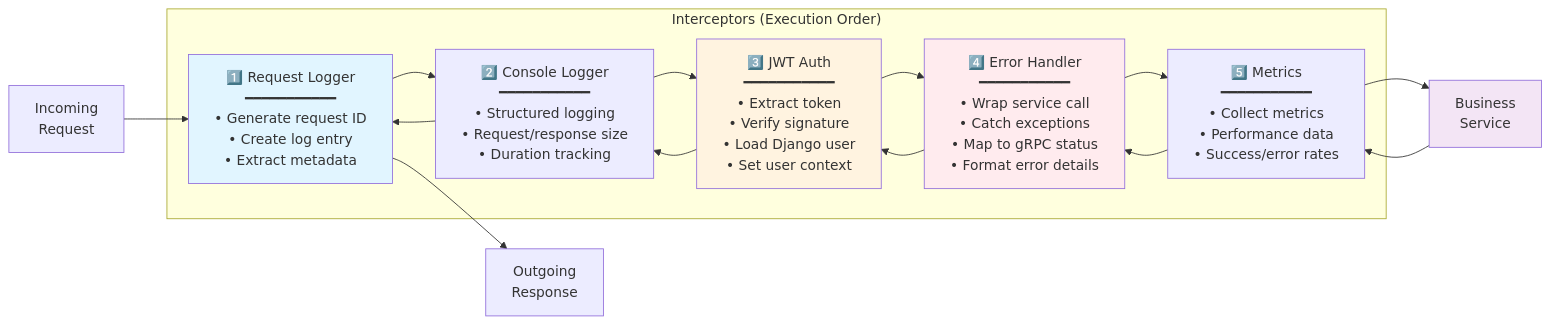
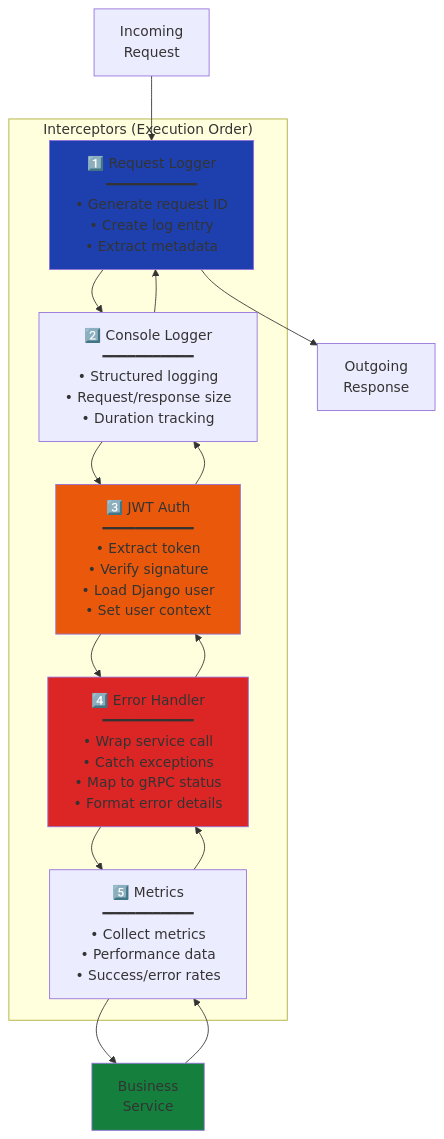
One commit to markolofsen/django-cfg changed the fourth of 12 diagrams in docs/features/integrations/grpc/architecture.md. Above: the diagram before and after it, drawn with Mermaid. The commit also changed other lines of this file and 10 other files, not shown here.

````diff
--- a/docs/features/integrations/grpc/architecture.md
+++ b/docs/features/integrations/grpc/architecture.md
@@ -217,23 +216,23 @@
 ```mermaid
-graph LR
+graph TB
     Request["Incoming<br/>Request"] --> I1
 
     subgraph "Interceptors (Execution Order)"
         I1["1️⃣ Request Logger<br/>━━━━━━━━━━━<br/>• Generate request ID<br/>• Create log entry<br/>• Extract metadata"]
         I2["2️⃣ Console Logger<br/>━━━━━━━━━━━<br/>• Structured logging<br/>• Request/response size<br/>• Duration tracking"]
         I3["3️⃣ JWT Auth<br/>━━━━━━━━━━━<br/>• Extract token<br/>• Verify signature<br/>• Load Django user<br/>• Set user context"]
         I4["4️⃣ Error Handler<br/>━━━━━━━━━━━<br/>• Wrap service call<br/>• Catch exceptions<br/>• Map to gRPC status<br/>• Format error details"]
         I5["5️⃣ Metrics<br/>━━━━━━━━━━━<br/>• Collect metrics<br/>• Performance data<br/>• Success/error rates"]
     end
 
     Service["Business<br/>Service"]
     Response["Outgoing<br/>Response"]
 
     I1 --> I2 --> I3 --> I4 --> I5 --> Service
     Service --> I5 --> I4 --> I3 --> I2 --> I1 --> Response
 
-    style I1 fill:#e1f5ff
-    style I3 fill:#fff3e0
-    style I4 fill:#ffebee
-    style Service fill:#f3e5f5
+    style I1 fill:#1e40af
+    style I3 fill:#ea580c
+    style I4 fill:#dc2626
+    style Service fill:#15803d
 ```
````
